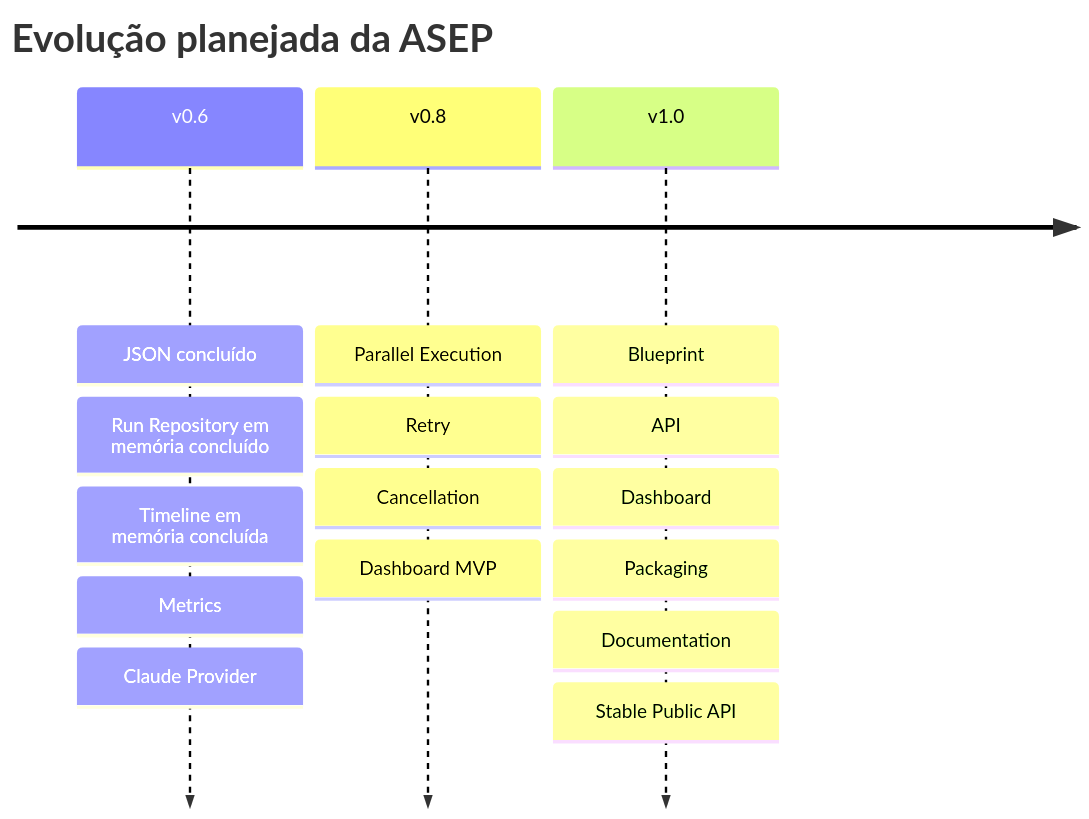
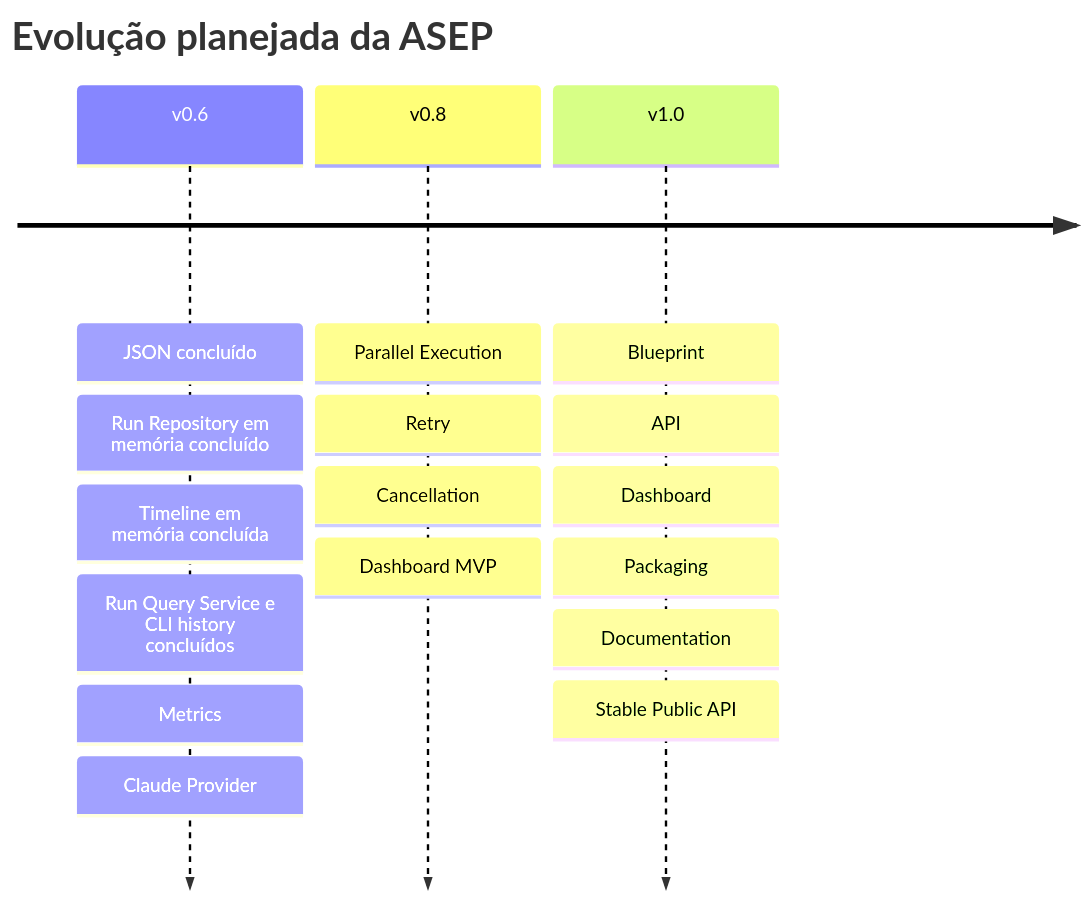
One commit to paul-92/fabrica-de-software changed the diagram in docs/architecture/Roadmap.md. Above: the diagram before and after it, drawn with Mermaid. The commit also changed other lines of this file and 10 other files, not shown here.

Commit message:
feat: add run query service and history CLI

````diff
--- a/docs/architecture/Roadmap.md
+++ b/docs/architecture/Roadmap.md
@@ -8,19 +8,20 @@
 ```mermaid
 timeline
     title Evolução planejada da ASEP
     v0.6 : JSON concluído
          : Run Repository em memória concluído
          : Timeline em memória concluída
+         : Run Query Service e CLI history concluídos
          : Metrics
          : Claude Provider
     v0.8 : Parallel Execution
          : Retry
          : Cancellation
          : Dashboard MVP
     v1.0 : Blueprint
          : API
          : Dashboard
          : Packaging
          : Documentation
          : Stable Public API
 ```
````
